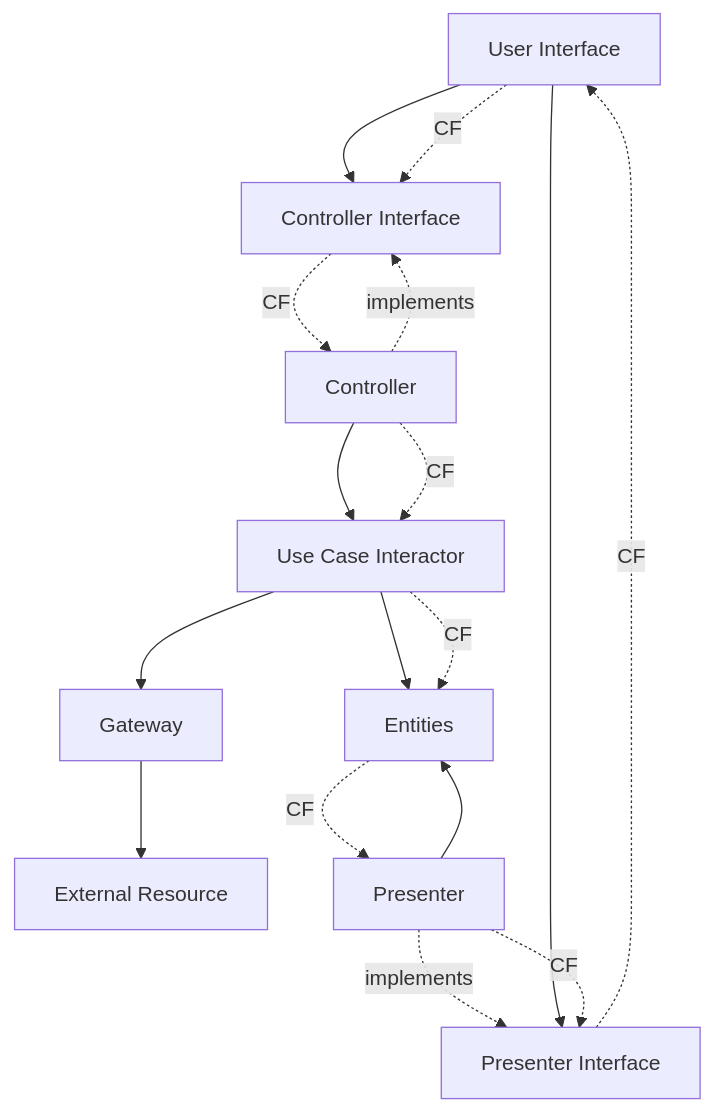
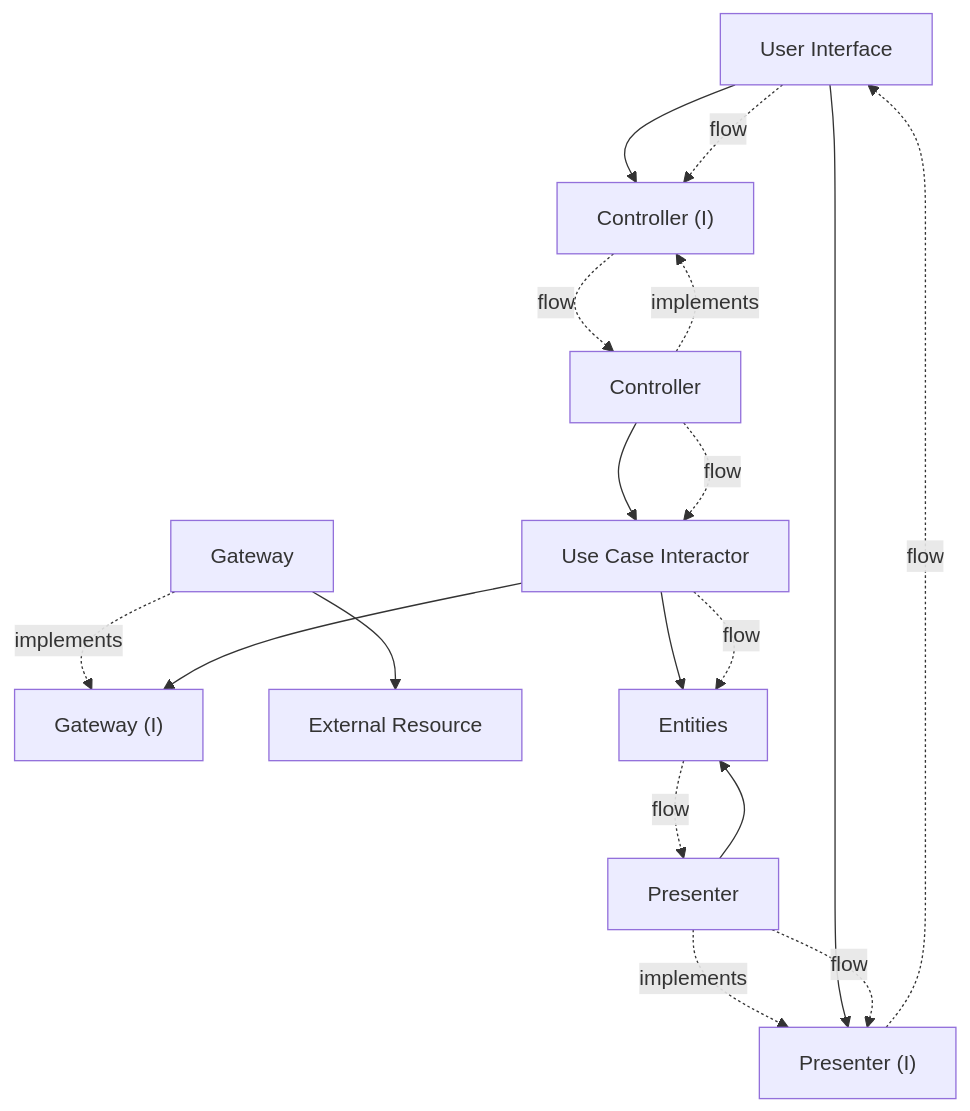
The fifth of 16 diagrams in docs/architecture.md (clean-reactive/documentation), drawn with Mermaid before and after one commit. The commit also changed other lines of this file, not shown here.

Commit message:
Architecture: add classic UML CA mermaid

````diff
--- a/docs/architecture.md
+++ b/docs/architecture.md
@@ -211,38 +362,37 @@
 ```mermaid
 graph TD
 
 G[Gateway]
+GI["Gateway (I)"]
 ER[External Resource]
-
 UI[User Interface]
-
 E[Entities]
-
 P[Presenter]
 C[Controller]
-PI[Presenter Interface]
-CI[Controller Interface]
+PI["Presenter (I)"]
+CI["Controller (I)"]
 UC[Use Case Interactor]
 
 %% implementation relation
 P -. implements .-> PI
 C -. implements .-> CI
+G -. implements .-> GI
 
 %% dependency relation
 UI --> PI
 UI --> CI
 C --> UC
 P --> E
 UC --> E
-UC --> G
+UC --> GI
 G --> ER
 
-%% control flow (CF)
-UI -. CF .-> CI
-CI -. CF .-> C
-C  -. CF .-> UC
-UC -. CF .-> E
-E  -. CF .-> P
-P  -. CF .-> PI
-PI -. CF .-> UI
+%% flow
+UI -. flow .-> CI
+CI -. flow .-> C
+C  -. flow .-> UC
+UC -. flow .-> E
+E  -. flow .-> P
+P  -. flow .-> PI
+PI -. flow .-> UI
 ```
````
